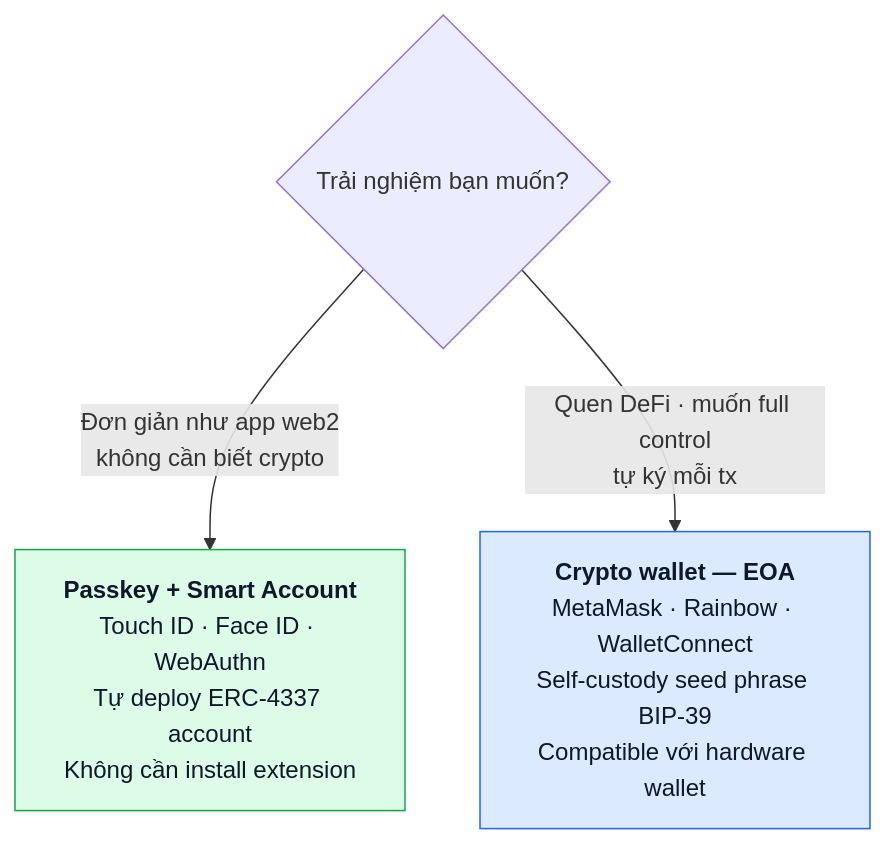
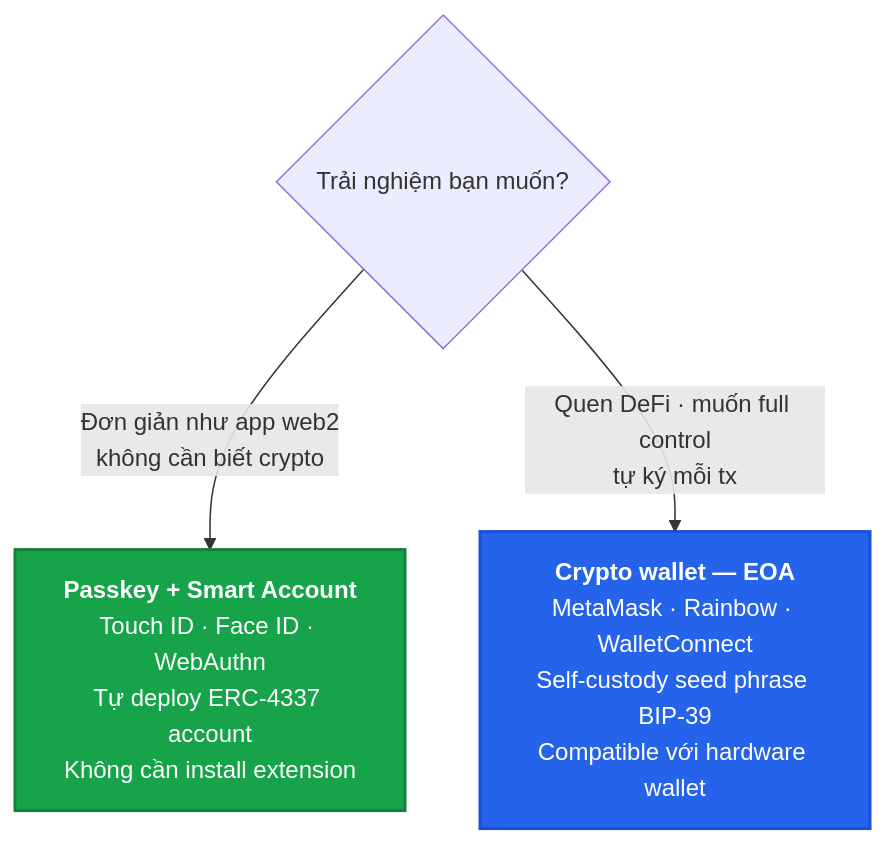
One commit to PrediX-Protocol/predix-docs changed the first of 2 diagrams in vi_v6/bat-dau/ket-noi-vi.md. Above: the diagram before and after it, drawn with Mermaid. The commit also changed other lines of this file and 32 other files, not shown here.

First line of the commit message:
docs(vi_v6): redesign Mermaid theme — solid mid-tone palette + dark theme

````diff
--- a/vi_v6/bat-dau/ket-noi-vi.md
+++ b/vi_v6/bat-dau/ket-noi-vi.md
@@ -7,11 +7,11 @@
 ```mermaid
 flowchart TD
     Start{"Trải nghiệm bạn muốn?"}
     Start -->|"Đơn giản như app web2<br/>không cần biết crypto"| Passkey["<b>Passkey + Smart Account</b><br/>Touch ID · Face ID · WebAuthn<br/>Tự deploy ERC-4337 account<br/>Không cần install extension"]
     Start -->|"Quen DeFi · muốn full control<br/>tự ký mỗi tx"| Wallet["<b>Crypto wallet — EOA</b><br/>MetaMask · Rainbow · WalletConnect<br/>Self-custody seed phrase BIP-39<br/>Compatible với hardware wallet"]
 
-    classDef pk fill:#dcfce7,stroke:#16a34a,color:#0f172a
-    classDef cw fill:#dbeafe,stroke:#2563eb,color:#0f172a
+    classDef pk fill:#16a34a,stroke:#15803d,color:#fff,stroke-width:2px
+    classDef cw fill:#2563eb,stroke:#1d4ed8,color:#fff,stroke-width:2px
     class Passkey pk
     class Wallet cw
 ```
````
